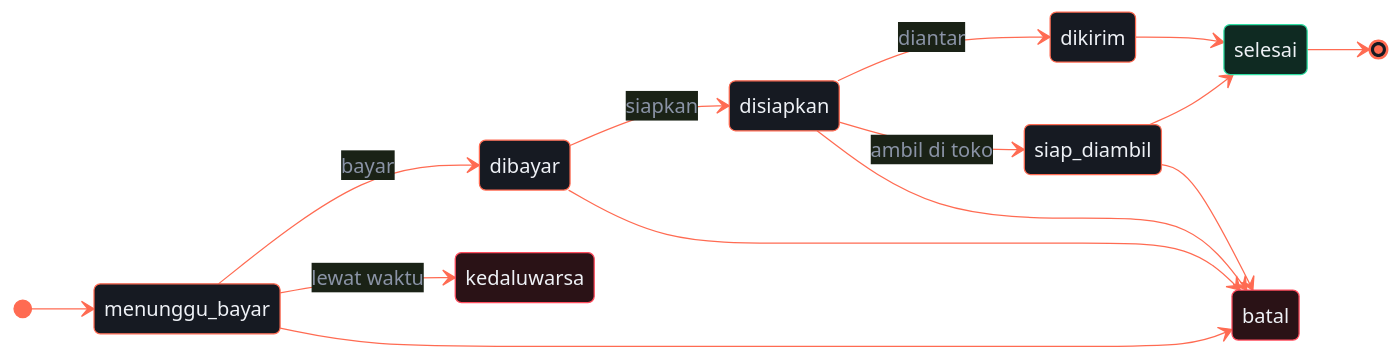
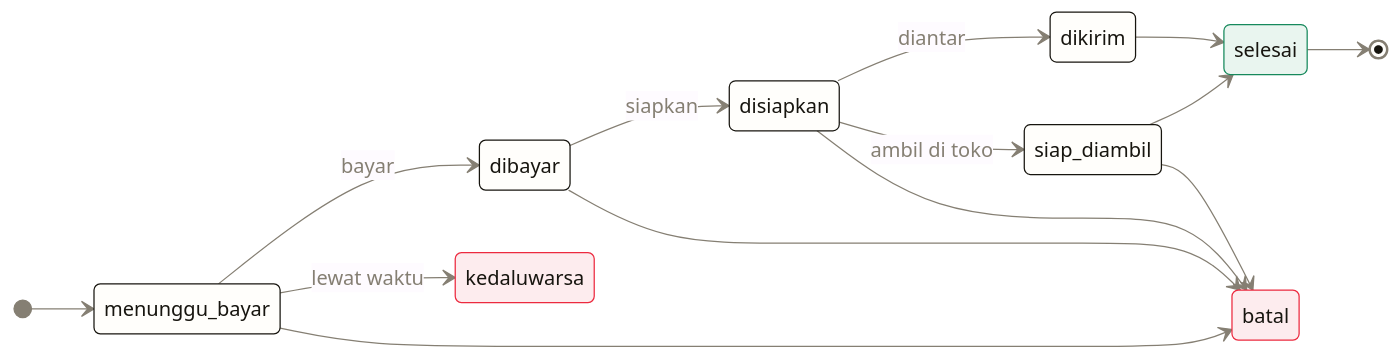
One commit to ZainulArkaanAlinsi/Kasir changed the diagram in README.md. Above: the diagram before and after it, drawn with Mermaid. The commit also changed other lines of this file and 14 other files, not shown here.

````diff
--- a/README.md
+++ b/README.md
@@ -343,23 +343,23 @@
 ```mermaid
-%%{init: {'theme':'base','themeVariables':{'primaryColor':'#161a22','primaryTextColor':'#eef1f6','primaryBorderColor':'#ff6b52','lineColor':'#ff6b52','transitionColor':'#ff6b52','transitionLabelColor':'#8a93a6','stateLabelColor':'#eef1f6','fontFamily':'Segoe UI, Inter, Helvetica, Arial, sans-serif'}}}%%
+%%{init: {'theme':'base','themeVariables':{'primaryColor':'#fffefb','primaryTextColor':'#17150f','primaryBorderColor':'#17150f','lineColor':'#857f73','transitionColor':'#857f73','transitionLabelColor':'#857f73','stateLabelColor':'#17150f','fontFamily':'SFMono-Regular, Consolas, Menlo, monospace'}}}%%
 stateDiagram-v2
     direction LR
     [*] --> menunggu_bayar
     menunggu_bayar --> dibayar : bayar
     dibayar --> disiapkan : siapkan
     disiapkan --> siap_diambil : ambil di toko
     disiapkan --> dikirim : diantar
     siap_diambil --> selesai
     dikirim --> selesai
     menunggu_bayar --> kedaluwarsa : lewat waktu
     menunggu_bayar --> batal
     dibayar --> batal
     disiapkan --> batal
     siap_diambil --> batal
     selesai --> [*]
 
-    classDef ok fill:#0f2a22,stroke:#2fe0a4,color:#eef1f6
-    classDef stop fill:#2a1216,stroke:#ff4d5e,color:#eef1f6
+    classDef ok fill:#e9f5ef,stroke:#16895c,color:#17150f
+    classDef stop fill:#fdecee,stroke:#ec2a3f,color:#17150f
     class selesai ok
     class batal, kedaluwarsa stop
 ```
````
